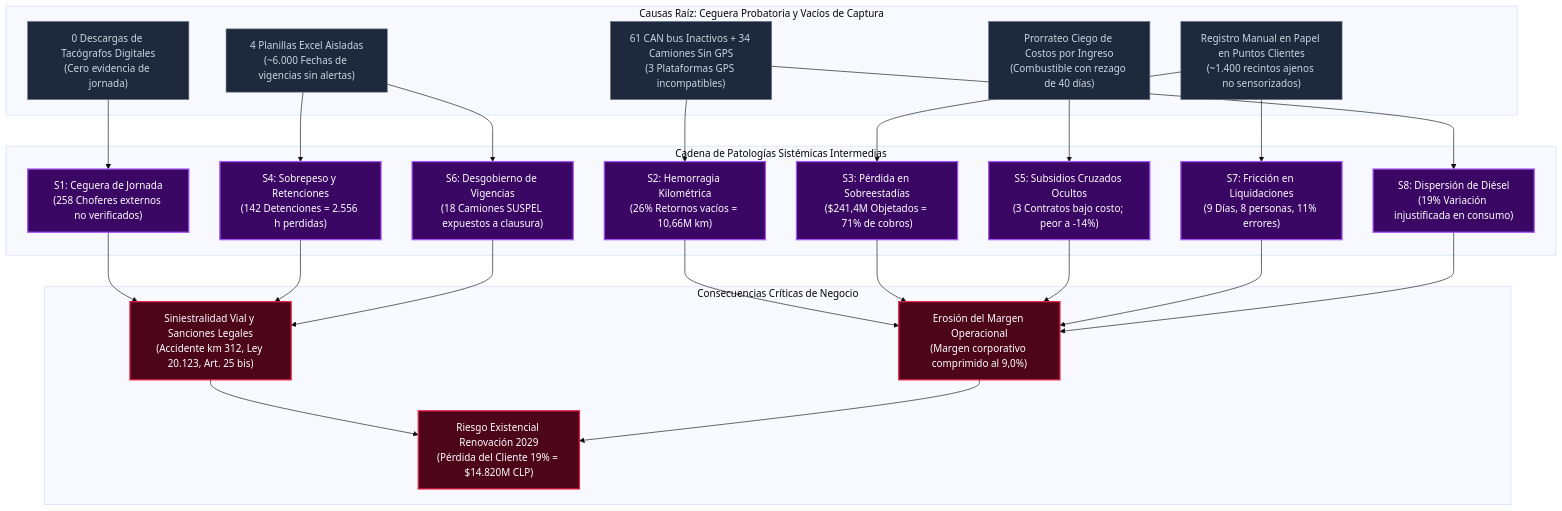
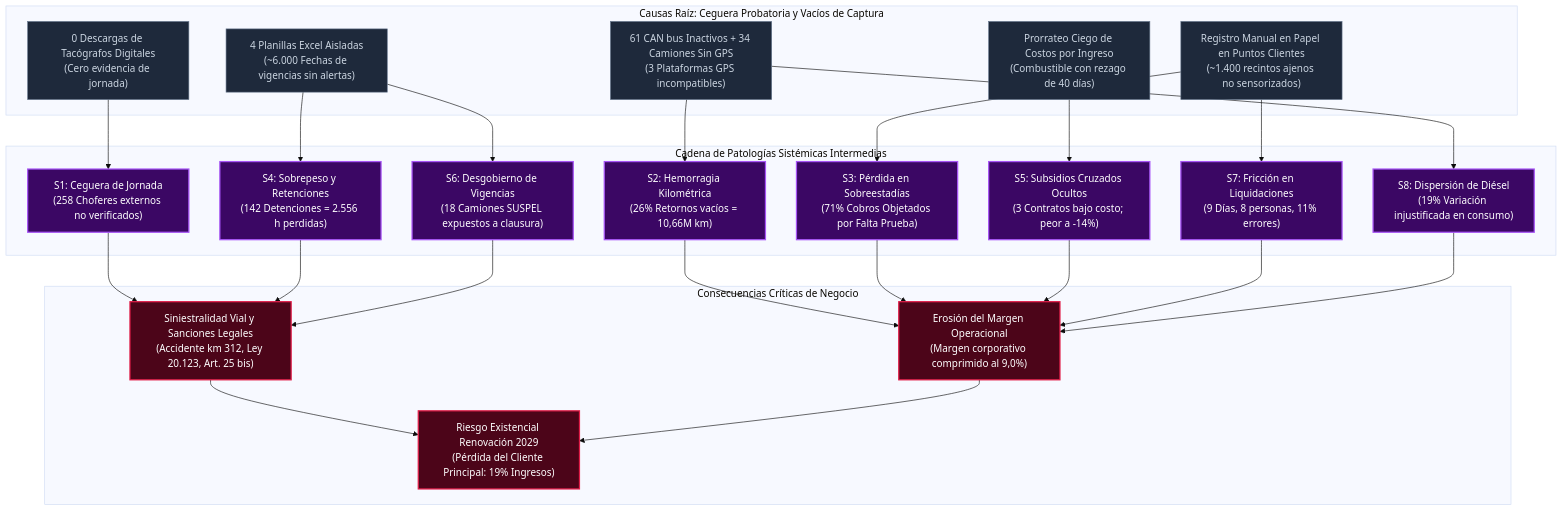
Before and after one commit to mvergaral/audIT: the eighth of 9 diagrams in Informe-2/d1/subdocumento_02_problema_adaptado.md, drawn with Mermaid (base theme). The commit also changed other lines of this file and 3 other files, not shown here.

````diff
--- a/Informe-2/d1/subdocumento_02_problema_adaptado.md
+++ b/Informe-2/d1/subdocumento_02_problema_adaptado.md
@@ -314,56 +314,56 @@
 ```mermaid
 graph TD
     subgraph CausasRaiz ["Causas Raíz: Ceguera Probatoria y Vacíos de Captura"]
         CR1["0 Descargas de Tacógrafos Digitales\n(Cero evidencia de jornada)"]
         CR2["61 CAN bus Inactivos + 34 Camiones Sin GPS\n(3 Plataformas GPS incompatibles)"]
         CR3["4 Planillas Excel Aisladas\n(~6.000 Fechas de vigencias sin alertas)"]
         CR4["Prorrateo Ciego de Costos por Ingreso\n(Combustible con rezago de 40 días)"]
         CR5["Registro Manual en Papel en Puntos Clientes\n(~1.400 recintos ajenos no sensorizados)"]
     end
 
     subgraph Patologias ["Cadena de Patologías Sistémicas Intermedias"]
         S1["S1: Ceguera de Jornada\n(258 Choferes externos no verificados)"]
         S2["S2: Hemorragia Kilométrica\n(26% Retornos vacíos = 10,66M km)"]
-        S3["S3: Pérdida en Sobreestadías\n($241,4M Objetados = 71% de cobros)"]
+        S3["S3: Pérdida en Sobreestadías\n(71% Cobros Objetados por Falta Prueba)"]
         S4["S4: Sobrepeso y Retenciones\n(142 Detenciones = 2.556 h perdidas)"]
         S5["S5: Subsidios Cruzados Ocultos\n(3 Contratos bajo costo; peor a -14%)"]
         S6["S6: Desgobierno de Vigencias\n(18 Camiones SUSPEL expuestos a clausura)"]
         S7["S7: Fricción en Liquidaciones\n(9 Días, 8 personas, 11% errores)"]
         S8["S8: Dispersión de Diésel\n(19% Variación injustificada en consumo)"]
     end
 
     subgraph Consecuencias ["Consecuencias Críticas de Negocio"]
         ImpactoSeg["Siniestralidad Vial y Sanciones Legales\n(Accidente km 312, Ley 20.123, Art. 25 bis)"]
         ImpactoFin["Erosión del Margen Operacional\n(Margen corporativo comprimido al 9,0%)"]
-        ImpactoExist["Riesgo Existencial Renovación 2029\n(Pérdida del Cliente 19% = $14.820M CLP)"]
+        ImpactoExist["Riesgo Existencial Renovación 2029\n(Pérdida del Cliente Principal: 19% Ingresos)"]
     end
 
     CR1 --> S1
     CR2 --> S2
     CR2 --> S8
     CR3 --> S6
     CR3 --> S4
     CR4 --> S5
     CR5 --> S3
     CR5 --> S7
 
     S1 --> ImpactoSeg
     S4 --> ImpactoSeg
     S6 --> ImpactoSeg
 
     S2 --> ImpactoFin
     S3 --> ImpactoFin
     S5 --> ImpactoFin
     S7 --> ImpactoFin
     S8 --> ImpactoFin
 
     ImpactoSeg --> ImpactoExist
     ImpactoFin --> ImpactoExist
 
     classDef causa fill:#1e293b,stroke:#64748b,stroke-width:1px,color:#cbd5e1;
     classDef pat fill:#3b0764,stroke:#a855f7,stroke-width:2px,color:#fff;
     classDef cons fill:#4c0519,stroke:#e11d48,stroke-width:2px,color:#fff;
     class CR1,CR2,CR3,CR4,CR5 causa;
     class S1,S2,S3,S4,S5,S6,S7,S8 pat;
     class ImpactoSeg,ImpactoFin,ImpactoExist cons;
 ```
````
